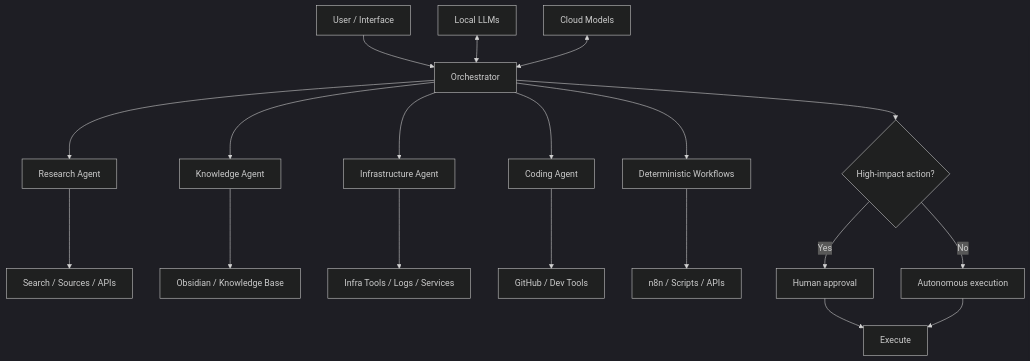
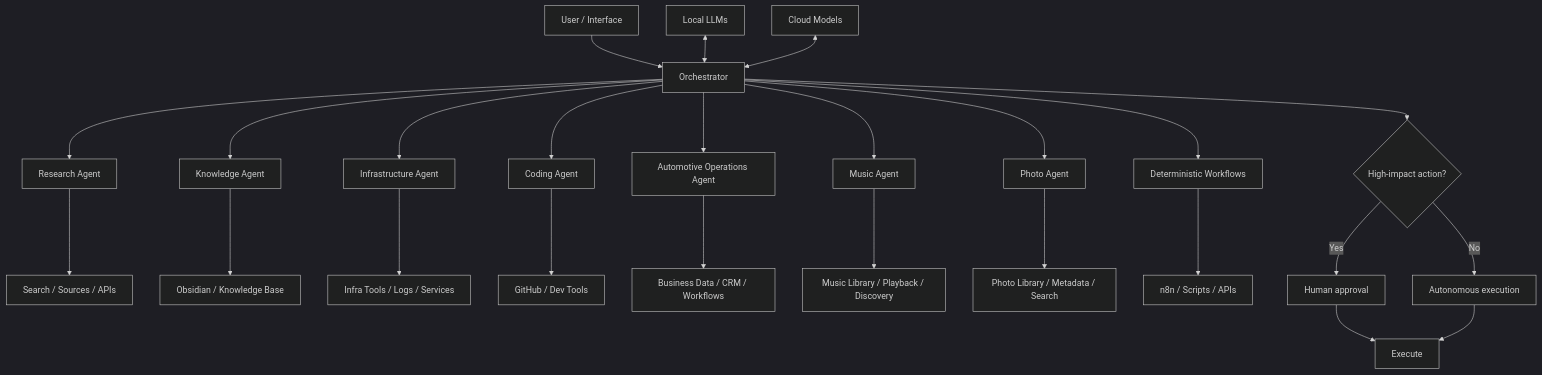
Before and after one commit to p0ki/personal-ai-infrastructure: the diagram in README.md, drawn with Mermaid (dark theme). The commit also changed other lines of this file, not shown here.

Commit message:
docs: add business, music and photo agents

````diff
--- a/README.md
+++ b/README.md
@@ -29,25 +29,31 @@
 ```mermaid
 flowchart TD
     U[User / Interface] --> O[Orchestrator]
 
     O --> R[Research Agent]
     O --> K[Knowledge Agent]
     O --> I[Infrastructure Agent]
     O --> C[Coding Agent]
+    O --> B[Automotive Operations Agent]
+    O --> M[Music Agent]
+    O --> P[Photo Agent]
     O --> D[Deterministic Workflows]
 
     R --> RS[Search / Sources / APIs]
     K --> KB[Obsidian / Knowledge Base]
     I --> IT[Infra Tools / Logs / Services]
     C --> GH[GitHub / Dev Tools]
+    B --> BO[Business Data / CRM / Workflows]
+    M --> MU[Music Library / Playback / Discovery]
+    P --> PH[Photo Library / Metadata / Search]
     D --> N8N[n8n / Scripts / APIs]
 
     LM[Local LLMs] <--> O
     CM[Cloud Models] <--> O
 
     O --> G{High-impact action?}
     G -->|No| AUTO[Autonomous execution]
     G -->|Yes| HUMAN[Human approval]
     HUMAN --> EXEC[Execute]
     AUTO --> EXEC
 ```
````
